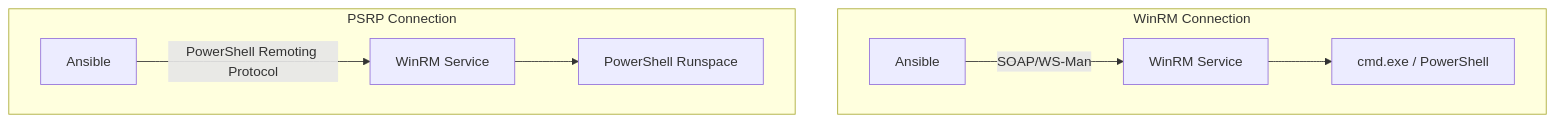
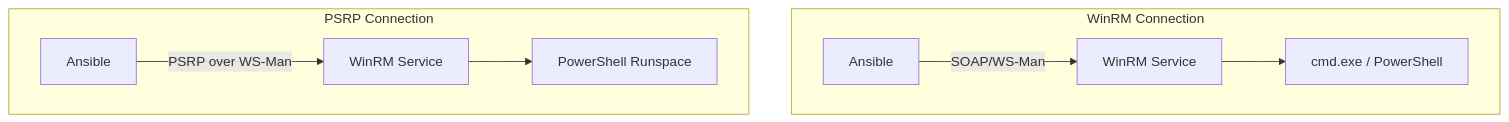
One commit to OneUptime/blog changed the diagram in posts/2026-02-21-how-to-use-ansible-psrp-connection-for-windows/README.md. Above: the diagram before and after it, drawn with Mermaid. The commit also changed other lines of this file and 2 other files, not shown here.

Commit message:
validate: 2026-02-21-how-to-use-ansible-psrp-connection-for-windows

````diff
--- a/posts/2026-02-21-how-to-use-ansible-psrp-connection-for-windows/README.md
+++ b/posts/2026-02-21-how-to-use-ansible-psrp-connection-for-windows/README.md
@@ -17,12 +17,12 @@
 ```mermaid
 graph TD
     subgraph WinRM Connection
         A1[Ansible] -->|SOAP/WS-Man| B1[WinRM Service]
         B1 --> C1[cmd.exe / PowerShell]
     end
 
     subgraph PSRP Connection
-        A2[Ansible] -->|PowerShell Remoting Protocol| B2[WinRM Service]
+        A2[Ansible] -->|PSRP over WS-Man| B2[WinRM Service]
         B2 --> C2[PowerShell Runspace]
     end
 ```
````
